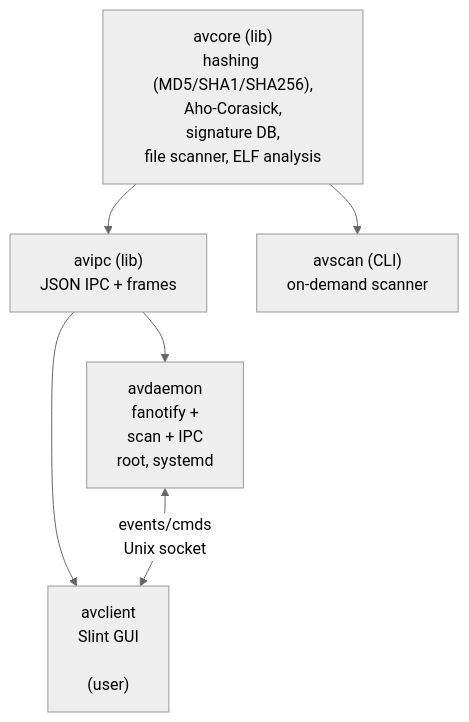
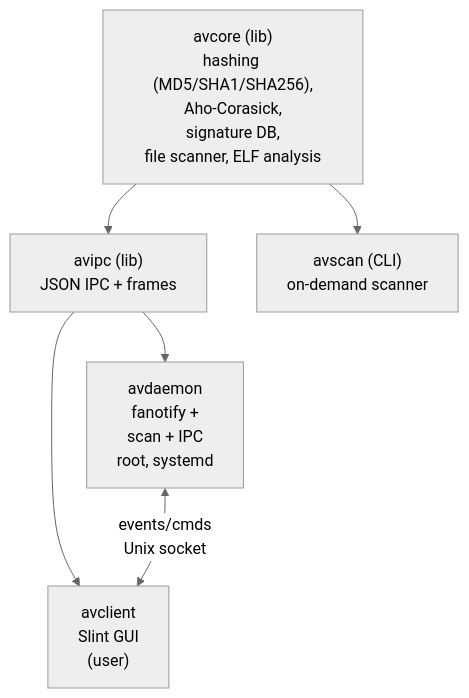
The diagram in README.md (JustMarfix/antivirus), drawn with Mermaid (neutral theme) before and after one commit.

````diff
--- a/README.md
+++ b/README.md
@@ -15,19 +15,19 @@
 ```mermaid
 flowchart TB
     avcore["avcore (lib)<br/>hashing (MD5/SHA1/SHA256),<br/>Aho-Corasick,<br/>signature DB,<br/>file scanner, ELF analysis"]
 
     avipc["avipc (lib)<br/>JSON IPC + frames"]
     avscan["avscan (CLI)<br/>on-demand scanner"]
 
     avdaemon["avdaemon<br/>fanotify +<br/>scan + IPC<br/>root, systemd"]
 
-    avclient["avclient<br/>Slint GUI<br/><br/>(user)"]
+    avclient["avclient<br/>Slint GUI<br/>(user)"]
 
     avcore --> avipc
     avcore --> avscan
 
     avipc --> avdaemon
     avipc --> avclient
 
     avdaemon <--> |events/cmds<br/>Unix socket| avclient
 ```
````
